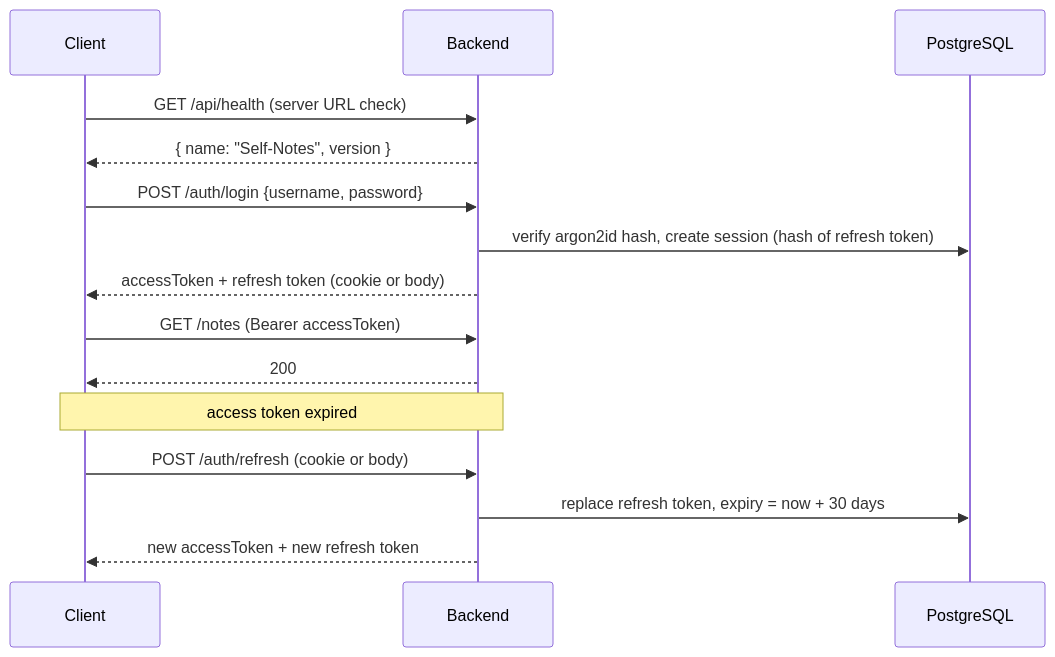
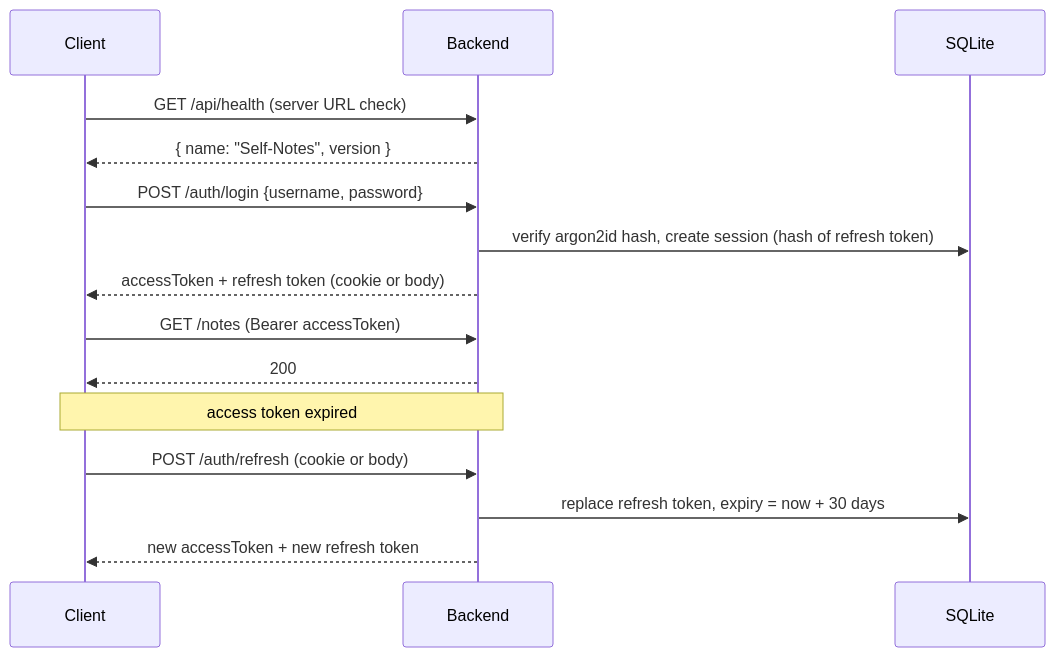
The second of 3 diagrams in docs/architecture.md (linklinsse/Self-Notes), drawn with Mermaid before and after one commit. The commit also changed other lines of this file and 95 other files, not shown here.

````diff
--- a/docs/architecture.md
+++ b/docs/architecture.md
@@ -64,17 +64,17 @@
 ```mermaid
 sequenceDiagram
     participant C as Client
     participant API as Backend
-    participant DB as PostgreSQL
+    participant DB as SQLite
     C->>API: GET /api/health (server URL check)
     API-->>C: { name: "Self-Notes", version }
     C->>API: POST /auth/login {username, password}
     API->>DB: verify argon2id hash, create session (hash of refresh token)
     API-->>C: accessToken + refresh token (cookie or body)
     C->>API: GET /notes (Bearer accessToken)
     API-->>C: 200
     Note over C,API: access token expired
     C->>API: POST /auth/refresh (cookie or body)
     API->>DB: replace refresh token, expiry = now + 30 days
     API-->>C: new accessToken + new refresh token
 ```
````
